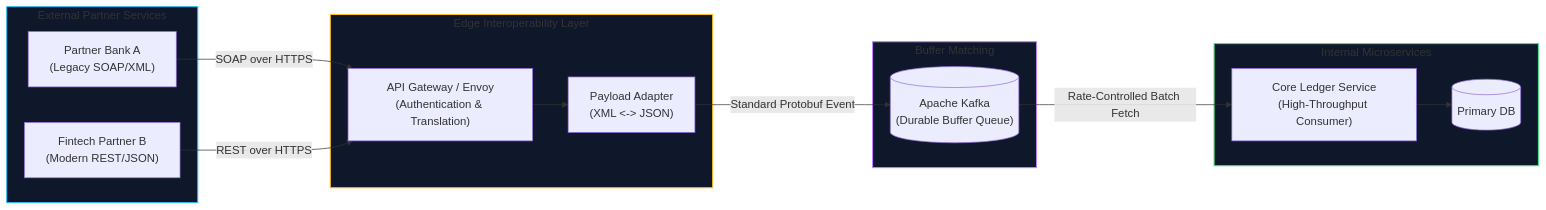
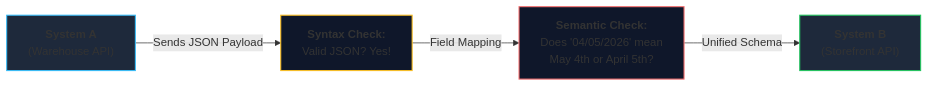
One commit to shreyash2601/bits-notes changed the third of 4 diagrams in Software Architectures/Lecture 3/Lecture_03_Notes.md. Above: the diagram before and after it, drawn with Mermaid. The commit also changed other lines of this file and 31 other files, not shown here.

````diff
--- a/Software Architectures/Lecture 3/Lecture_03_Notes.md
+++ b/Software Architectures/Lecture 3/Lecture_03_Notes.md
@@ -323,33 +152,11 @@
 ```mermaid
 flowchart LR
-    subgraph EXT ["External Partner Services"]
-        P1["Partner Bank A<br/>(Legacy SOAP/XML)"]
-        P2["Fintech Partner B<br/>(Modern REST/JSON)"]
-    end
+    SYS_A["<b>System A</b><br/>(Warehouse API)"] -->|Sends JSON Payload| ADAPT["<b>Syntax Check:</b><br/>Valid JSON? Yes!"]
+    ADAPT -->|Field Mapping| SEM["<b>Semantic Check:</b><br/>Does '04/05/2026' mean<br/>May 4th or April 5th?"]
+    SEM -->|Unified Schema| SYS_B["<b>System B</b><br/>(Storefront API)"]
 
-    subgraph GW ["Edge Interoperability Layer"]
-        APIGW["API Gateway / Envoy<br/>(Authentication & Translation)"]
-        TRANS["Payload Adapter<br/>(XML <-> JSON)"]
-    end
-
-    subgraph BUF ["Buffer Matching"]
-        KAFKA[("Apache Kafka<br/>(Durable Buffer Queue)")]
-    end
-
-    subgraph INT ["Internal Microservices"]
-        CORE["Core Ledger Service<br/>(High-Throughput Consumer)"]
-        DB[(Primary DB)]
-    end
-
-    P1 -->|SOAP over HTTPS| APIGW
-    P2 -->|REST over HTTPS| APIGW
-    APIGW --> TRANS
-    TRANS -->|Standard Protobuf Event| KAFKA
-    KAFKA -->|Rate-Controlled Batch Fetch| CORE
-    CORE --> DB
-
-    style EXT fill:#0f172a,stroke:#38bdf8,stroke-width:1.5px
-    style GW fill:#0f172a,stroke:#fbbf24,stroke-width:1.5px
-    style BUF fill:#0f172a,stroke:#c084fc,stroke-width:1.5px
-    style INT fill:#0f172a,stroke:#4ade80,stroke-width:1.5px
+    style SYS_A fill:#1e293b,stroke:#38bdf8,stroke-width:1.5px
+    style ADAPT fill:#0f172a,stroke:#fbbf24,stroke-width:1.5px
+    style SEM fill:#0f172a,stroke:#f87171,stroke-width:1.5px
+    style SYS_B fill:#1e293b,stroke:#22c55e,stroke-width:1.5px
 ```
````
